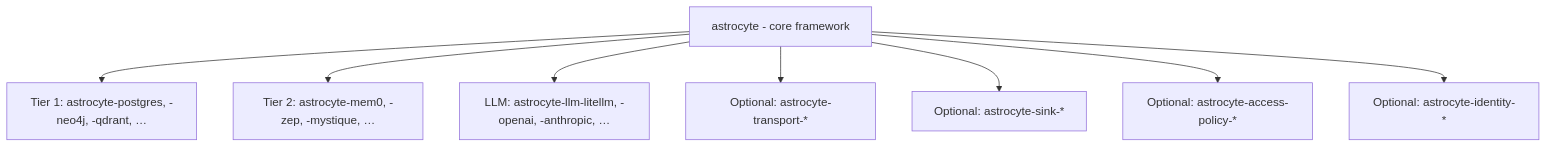
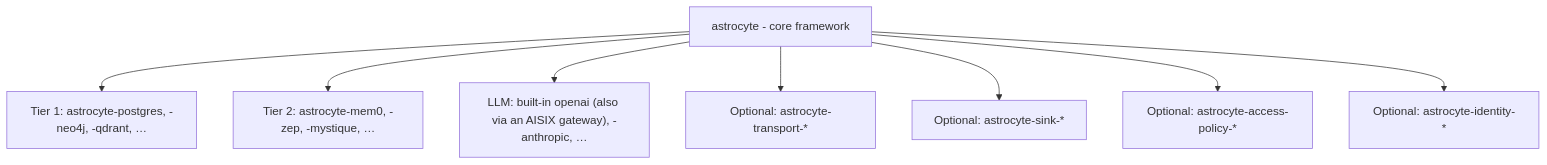
Before and after one commit to AstrocyteAI/astrocyte: the diagram in docs/_plugins/ecosystem-and-packaging.md, drawn with Mermaid. The commit also changed other lines of this file and 33 other files, not shown here.

First line of the commit message:
refactor: retire LiteLLM — reach other providers through an AISIX gateway

````diff
--- a/docs/_plugins/ecosystem-and-packaging.md
+++ b/docs/_plugins/ecosystem-and-packaging.md
@@ -85,18 +84,18 @@
 ```mermaid
 flowchart TB
   CORE["astrocyte - core framework"]
   T1["Tier 1: astrocyte-postgres, -neo4j, -qdrant, …"]
   T2["Tier 2: astrocyte-mem0, -zep, -mystique, …"]
-  LLM["LLM: astrocyte-llm-litellm, -openai, -anthropic, …"]
+  LLM["LLM: built-in openai (also via an AISIX gateway), -anthropic, …"]
   TR["Optional: astrocyte-transport-*"]
   SK["Optional: astrocyte-sink-*"]
   AP["Optional: astrocyte-access-policy-*"]
   ID["Optional: astrocyte-identity-*"]
   CORE --> T1
   CORE --> T2
   CORE --> LLM
   CORE --> TR
   CORE --> SK
   CORE --> AP
   CORE --> ID
 ```
````
